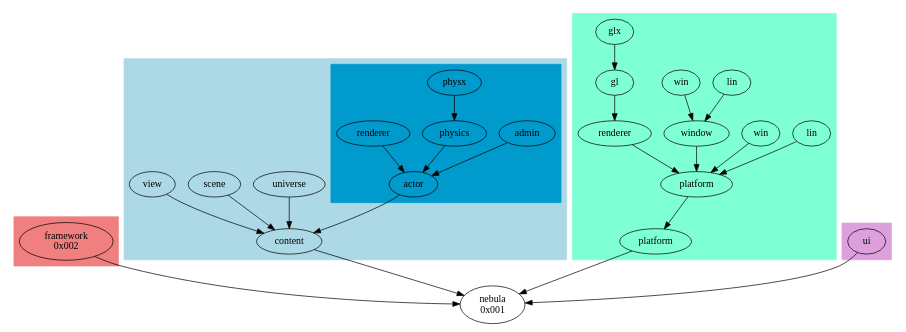
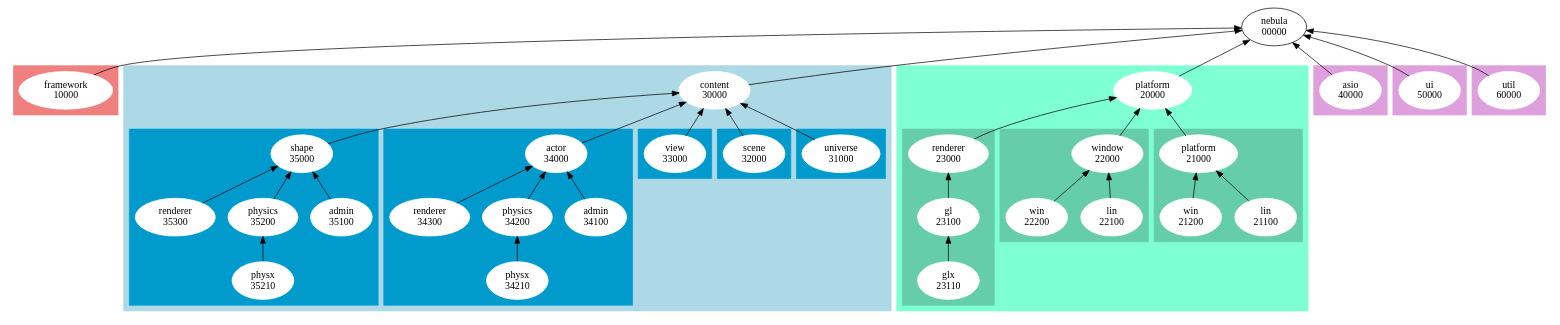
Before and after one commit to nebula-engine/Nebula: the diagram in media/dot/ns.dot, drawn with Graphviz. The commit also changed 61 other files, not shown here.

```diff
--- a/media/dot/ns.dot
+++ b/media/dot/ns.dot
@@ -1,95 +1,187 @@
 digraph G
 {
-	rackdir="BT";
+	rankdir="BT";
 	
-	nebula [label="nebula\n0x001"];
+	nebula [label="nebula\n00000"];
 
 	subgraph cluster__framework
 	{
+		node [style=filled]; 
+		node [color=white];
+
 		style = filled;
 		color = lightcoral;
 		
-		framework [label="framework\n0x002"]
+		framework [label="framework\n10000"]
 	}
 	
 	framework->nebula;
 
 	subgraph cluster__content
 	{
-		//node [style=filled];
+		node [style=filled]; 
+		node [color=white];
+		
 		style = filled;
 		color = lightblue;
 		
-		content [label="content"];
-		universe [label = "universe"];
-		scene [label = "scene"];
-		view [label = "view"];
+		content [label="content\n30000"];
 		
+		subgraph cluster__universe
+		{
+			style = filled;
+			color = deepskyblue3;
+
+			universe [label = "universe\n31000"];
+		}
+		subgraph cluster__scene
+		{
+			style = filled;
+			color = deepskyblue3;
+
+			scene [label = "scene\n32000"];
+		}
+		subgraph cluster__view
+		{
+			style = filled;
+			color = deepskyblue3;
+			
+			view [label = "view\n33000"];
+		}
 		subgraph cluster__actor
 		{
 			style = filled;
 			color = deepskyblue3;
 			
-			actor [label = "actor"];
-			actor_admin [label = "admin"];
-			actor_physics [label = "physics"];
-			actor_physics_physx [label = "physx"];
-			actor_renderer [label = "renderer"];
+			actor [label = "actor\n34000"];
+			actor_admin [label = "admin\n34100"];
+			actor_physics [label = "physics\n34200"];
+			actor_physics_physx [label = "physx\n34210"];
+			actor_renderer [label = "renderer\n34300"];
+		}
+		subgraph cluster__shape
+		{
+			style = filled;
+			color = deepskyblue3;
+			
+			shpe [label = "shape\n35000"];
+			shpe_admin [label = "admin\n35100"];
+			shpe_physics [label = "physics\n35200"];
+			shpe_physics_physx [label = "physx\n35210"];
+			shpe_renderer [label = "renderer\n35300"];
 		}
 		
 		universe -> content;
 		scene -> content;
 		view -> content;
 		actor -> content;
 		actor_admin -> actor;
 		actor_physics -> actor;
 		actor_physics_physx -> actor_physics;
-		actor_renderer -> actor;
+		actor_renderer->actor;
+		
+		shpe->content;
+		shpe_admin->shpe;
+		shpe_physics->shpe;
+		shpe_physics_physx->shpe_physics;
+		shpe_renderer->shpe;
 	}
 	
 	content -> nebula;
 
 	subgraph cluster__platform
 	{
-		platform [label="platform"];
-		platform_platform [label="platform"];
-		platform_platform_lin [label="lin"];
-		platform_platform_win [label="win"];
-		platform_window [label="window"];
-		platform_window_lin [label="lin"];
-		platform_window_win [label="win"];
-		platform_renderer [label="renderer"];
-		platform_renderer_gl [label="gl"];
-		platform_renderer_gl_glx [label="glx"];
+		node [style=filled]; 
+		node [color=white];
+	
+		platform [label="platform\n20000"];
+		subgraph cluster_platform_platform
+		{
+			style = filled;
+			color = aquamarine3;
 
+
+			platform_platform [label="platform\n21000"];
+			platform_platform_lin [label="lin\n21100"];
+			platform_platform_win [label="win\n21200"];
+		}
+		subgraph cluster__platform_window
+		{
+			style = filled;
+			color = aquamarine3;
+
+
+			platform_window [label="window\n22000"];
+			platform_window_lin [label="lin\n22100"];
+			platform_window_win [label="win\n22200"];
+		}
+		subgraph cluster__platform_renderer
+		{
+			style = filled;
+			color = aquamarine3;
+
+			platform_renderer [label="renderer\n23000"];
+			platform_renderer_gl [label="gl\n23100"];
+			platform_renderer_gl_glx [label="glx\n23110"];
+		}
+		
 		platform_platform -> platform;
 		platform_platform_lin -> platform_platform;
 		platform_platform_win -> platform_platform;
-		platform_window -> platform_platform;
+		
+		platform_window -> platform;
 		platform_window_lin -> platform_window;
 		platform_window_win -> platform_window;
-		platform_renderer -> platform_platform;
+		
+		platform_renderer -> platform;
 		platform_renderer_gl -> platform_renderer;
 		platform_renderer_gl_glx -> platform_renderer_gl;
 
 		style = filled;
 		color = aquamarine;
 	}
 	
 	platform->nebula;
 	
-	subgraph cluster__ui
+	subgraph cluster__asio
 	{
-		ui [label = "ui"];
+		node [style=filled]; 
+		node [color=white];
+		
+		asio [label = "asio\n40000"];
 
 		style = filled;
 		color = plum;
 	}
+
+	subgraph cluster__ui
+	{
+		node [style=filled]; 
+		node [color=white];
 		
+		ui [label = "ui\n50000"];
+
+		style = filled;
+		color = plum;
+	}
+	subgraph cluster__util
+	{
+		node [style=filled]; 
+		node [color=white];
+		
+		util [label = "util\n60000"];
+
+		style = filled;
+		color = plum;
+	}
+
+
+	asio->nebula;
 	ui -> nebula;
+	util->nebula;
 	
 			
 
 	
 		
 }
```
